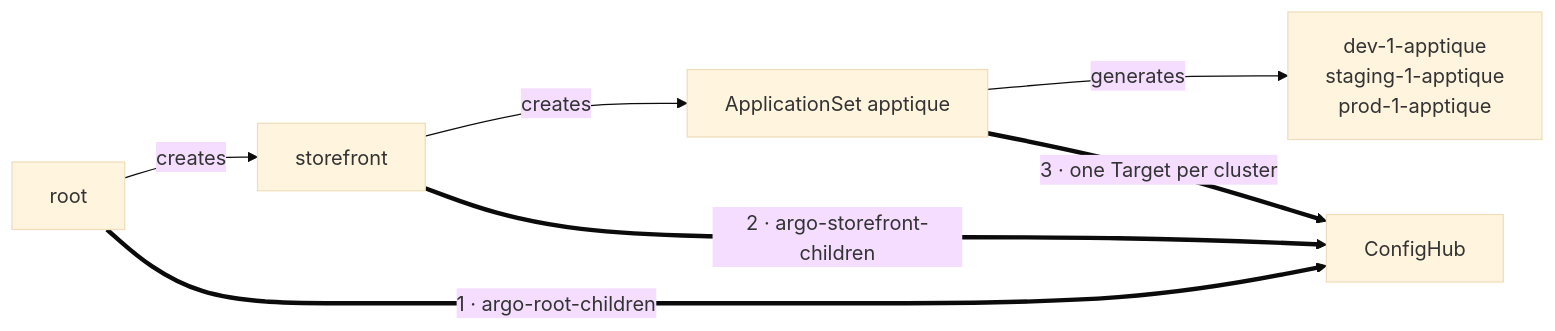
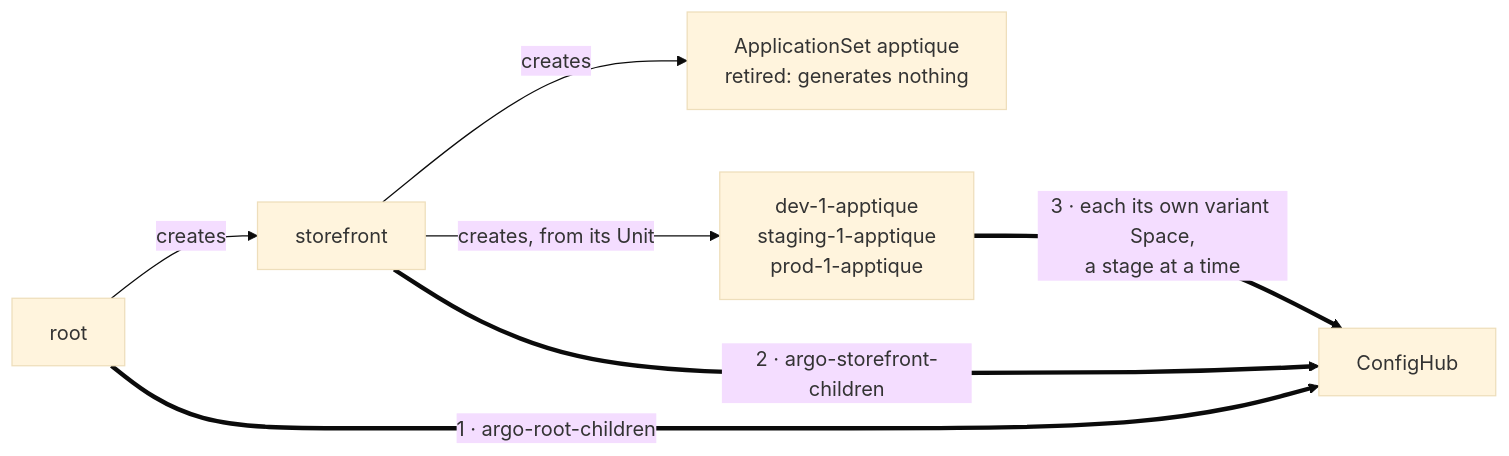
Before and after one commit to confighub/examples: the fourth of 10 diagrams in cub-argo/docs/onboard-your-argo-estate.md, drawn with Mermaid (base theme). The commit also changed other lines of this file and 6 other files, not shown here.

````diff
--- a/cub-argo/docs/onboard-your-argo-estate.md
+++ b/cub-argo/docs/onboard-your-argo-estate.md
@@ -261,9 +334,9 @@
 ```mermaid
 flowchart LR
   r2["root"] -->|"creates"| s2["storefront"]
-  s2 -->|"creates"| a2["ApplicationSet apptique"]
-  a2 -->|"generates"| g2["dev-1-apptique<br/>staging-1-apptique<br/>prod-1-apptique"]
+  s2 -->|"creates"| a2["ApplicationSet apptique<br/>retired: generates nothing"]
+  s2 -->|"creates, from its Unit"| g2["dev-1-apptique<br/>staging-1-apptique<br/>prod-1-apptique"]
   r2 ==>|"1 · argo-root-children"| ch["ConfigHub"]
   s2 ==>|"2 · argo-storefront-children"| ch
-  a2 ==>|"3 · one Target per cluster"| ch
+  g2 ==>|"3 · each its own variant Space,<br/>a stage at a time"| ch
 ```
````
